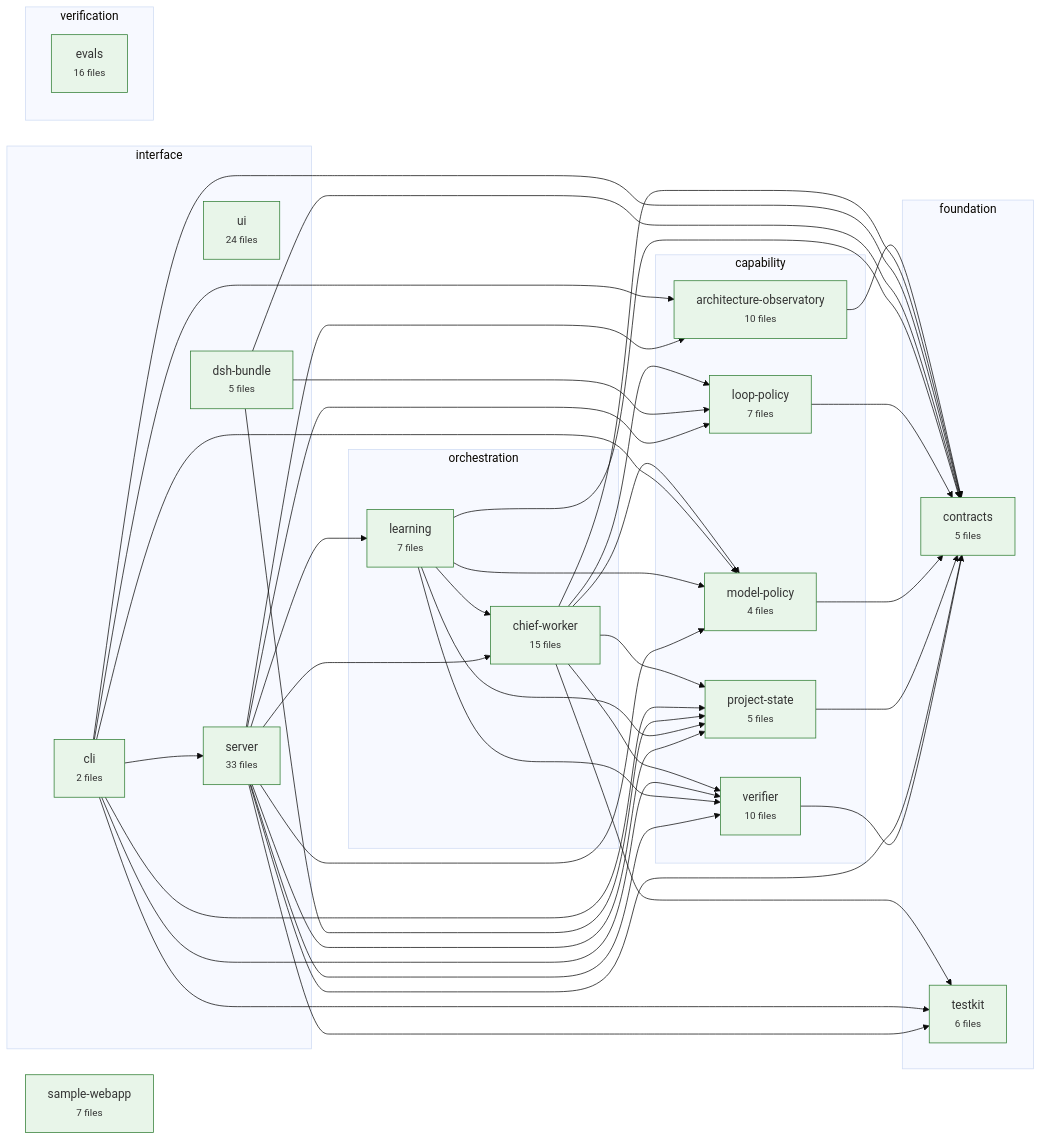
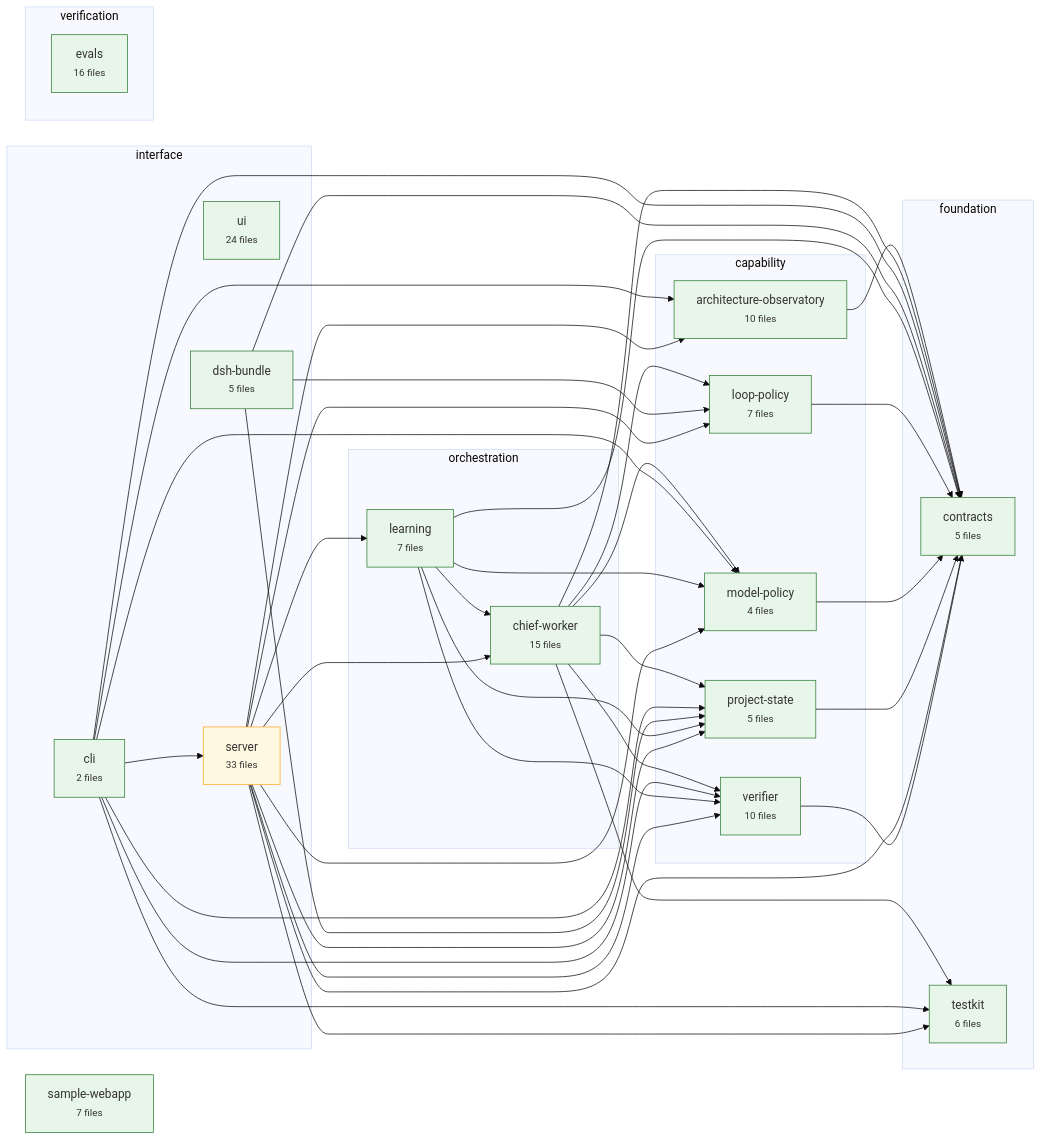
Before and after one commit to CharAzinabulu0079/dgx-super-agent: the diagram in .architecture/graph.mmd, drawn with Mermaid (base theme). The commit also changed 3 other files, not shown here.

```diff
--- a/.architecture/graph.mmd
+++ b/.architecture/graph.mmd
@@ -1,81 +1,81 @@
 flowchart LR
   subgraph layer_foundation["foundation"]
     contracts["contracts<br/><small>5 files</small>"]
     testkit["testkit<br/><small>6 files</small>"]
   end
   subgraph layer_capability["capability"]
     project_state["project-state<br/><small>5 files</small>"]
     verifier["verifier<br/><small>10 files</small>"]
     loop_policy["loop-policy<br/><small>7 files</small>"]
     model_policy["model-policy<br/><small>4 files</small>"]
     architecture_observatory["architecture-observatory<br/><small>10 files</small>"]
   end
   subgraph layer_orchestration["orchestration"]
     learning["learning<br/><small>7 files</small>"]
     chief_worker["chief-worker<br/><small>15 files</small>"]
   end
   subgraph layer_interface["interface"]
     server["server<br/><small>33 files</small>"]
     cli["cli<br/><small>2 files</small>"]
     ui["ui<br/><small>24 files</small>"]
     dsh_bundle["dsh-bundle<br/><small>5 files</small>"]
   end
   subgraph layer_verification["verification"]
     evals["evals<br/><small>16 files</small>"]
   end
   sample_webapp["sample-webapp<br/><small>7 files</small>"]
   architecture_observatory --> contracts
   chief_worker --> contracts
   chief_worker --> loop_policy
   chief_worker --> model_policy
   chief_worker --> project_state
   chief_worker --> testkit
   chief_worker --> verifier
   cli --> architecture_observatory
   cli --> contracts
   cli --> model_policy
   cli --> project_state
   cli --> server
   cli --> testkit
   cli --> verifier
   dsh_bundle --> contracts
   dsh_bundle --> loop_policy
   dsh_bundle --> project_state
   learning --> chief_worker
   learning --> contracts
   learning --> model_policy
   learning --> project_state
   learning --> verifier
   loop_policy --> contracts
   model_policy --> contracts
   project_state --> contracts
   server --> architecture_observatory
   server --> chief_worker
   server --> contracts
   server --> learning
   server --> loop_policy
   server --> model_policy
   server --> project_state
   server --> testkit
   server --> verifier
   verifier --> contracts
   classDef stable fill:#e8f5e9,stroke:#2e7d32
   classDef changing fill:#fff8e1,stroke:#f9a825
   classDef worker_active fill:#e3f2fd,stroke:#1565c0
   classDef gate_failed fill:#ffebee,stroke:#c62828
   classDef protected stroke:#6a1b9a,stroke-width:3px
   class contracts stable
   class testkit stable
   class project_state stable
   class verifier stable
   class loop_policy stable
   class model_policy stable
   class architecture_observatory stable
   class learning stable
   class chief_worker stable
-  class server stable
+  class server changing
   class cli stable
   class ui stable
   class dsh_bundle stable
   class evals stable
   class sample_webapp stable
```
